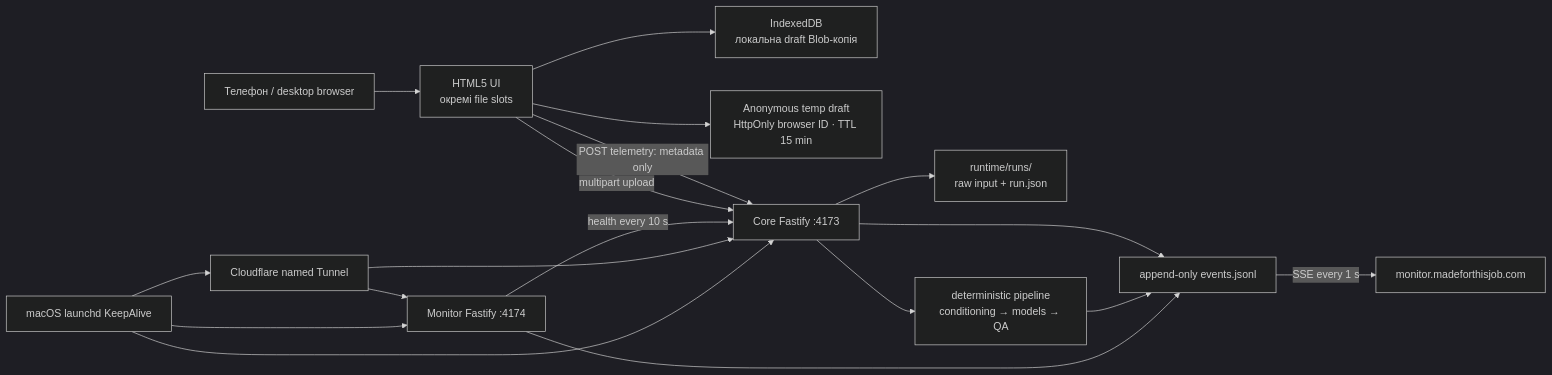
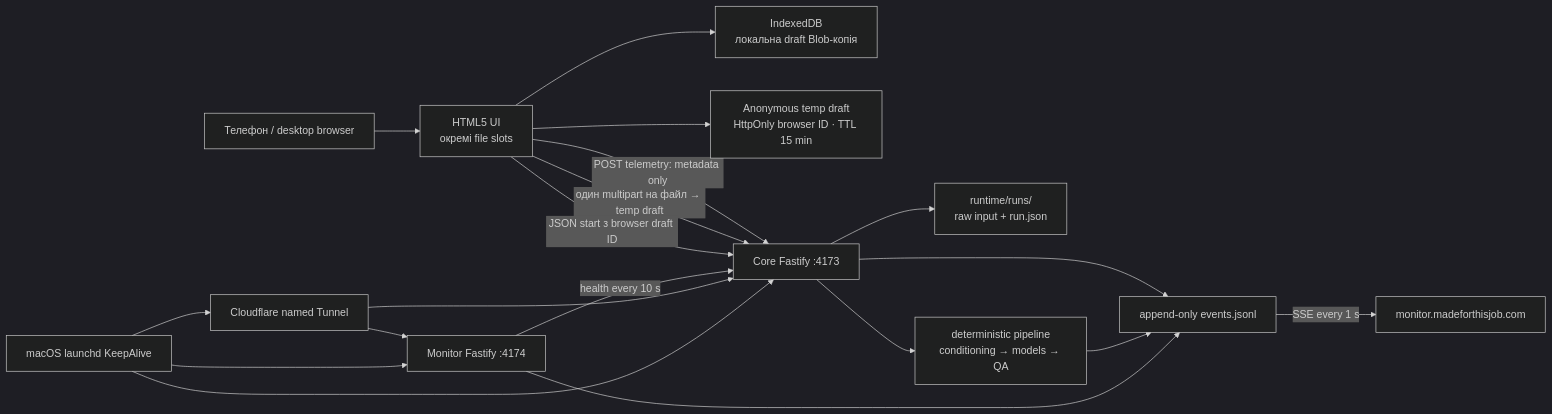
Before and after one commit to edwin0912-00/wardrobe-web2: the diagram in docs/LIVE_MONITORING_UA.md, drawn with Mermaid (dark theme). The commit also changed other lines of this file and 7 other files, not shown here.

````diff
--- a/docs/LIVE_MONITORING_UA.md
+++ b/docs/LIVE_MONITORING_UA.md
@@ -5,20 +5,21 @@
 ```mermaid
 flowchart LR
   A["Телефон / desktop browser"] --> B["HTML5 UI\nокремі file slots"]
   B --> C["IndexedDB\nлокальна draft Blob-копія"]
   B --> T["Anonymous temp draft\nHttpOnly browser ID · TTL 15 min"]
   B -->|"POST telemetry: metadata only"| D["Core Fastify :4173"]
-  B -->|"multipart upload"| D
+  B -->|"один multipart на файл → temp draft"| D
+  B -->|"JSON start з browser draft ID"| D
   D --> E["runtime/runs/<run-id>\nraw input + run.json"]
   D --> F["deterministic pipeline\nconditioning → models → QA"]
   D --> G["append-only events.jsonl"]
   F --> G
   H["Monitor Fastify :4174"] --> G
   H -->|"health every 10 s"| D
   G -->|"SSE every 1 s"| I["monitor.madeforthisjob.com"]
   J["Cloudflare named Tunnel"] --> D
   J --> H
   K["macOS launchd KeepAlive"] --> D
   K --> H
   K --> J
 ```
````
